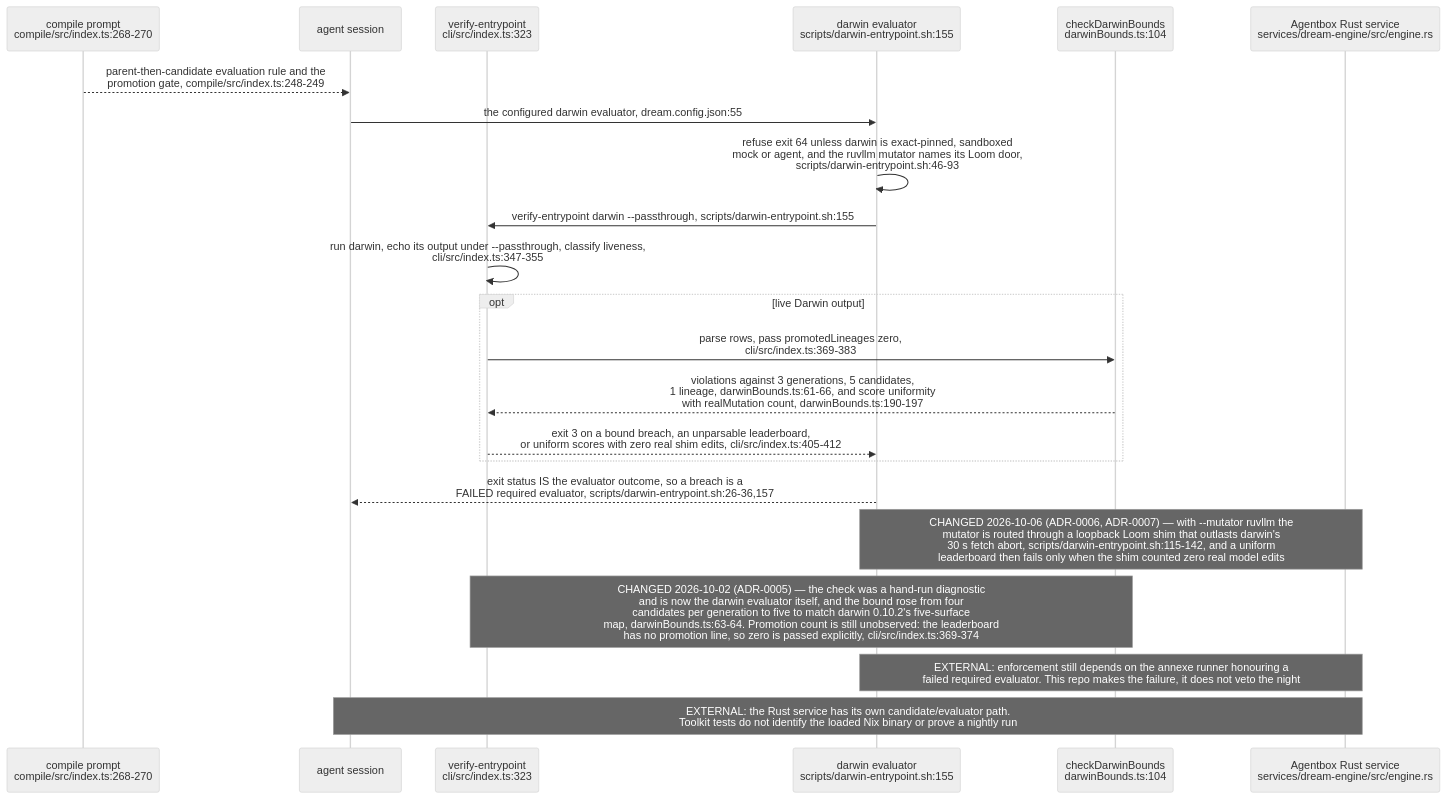
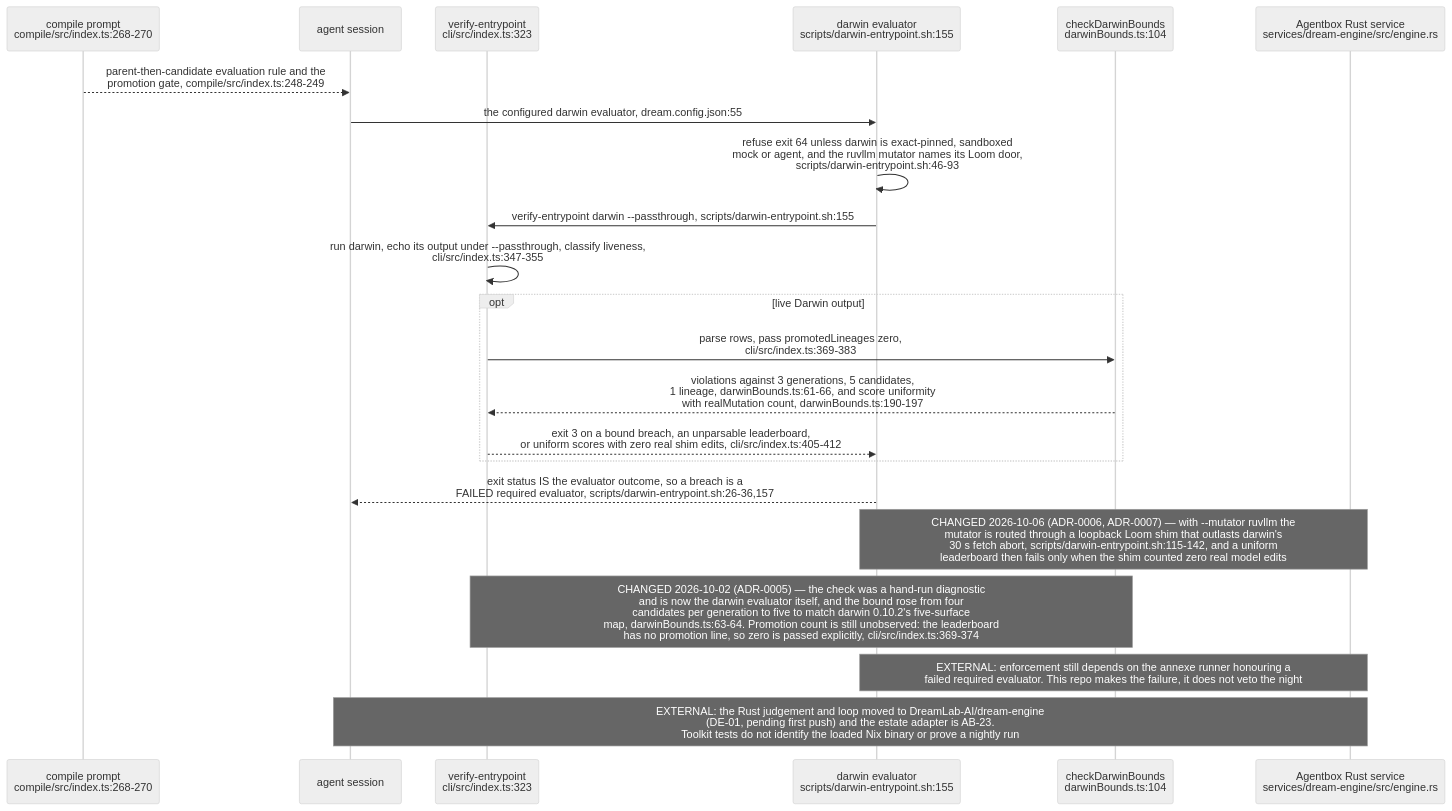
One commit to DreamLab-AI/VisionFlow changed the second of 5 diagrams in docs/diagrams/estate/90-evidence-and-supporting-repositories.md. Above: the diagram before and after it, drawn with Mermaid (neutral theme). The commit also changed other lines of this file and 12 other files, not shown here.

First line of the commit message:
docs(diagrams): map the dream-engine extraction (AB-23, ES-05, ES-90, new DE area)

````diff
--- a/docs/diagrams/estate/90-evidence-and-supporting-repositories.md
+++ b/docs/diagrams/estate/90-evidence-and-supporting-repositories.md
@@ -44,24 +45,24 @@
 ```mermaid
 sequenceDiagram
     participant C as compile prompt<br/>compile/src/index.ts:268-270
     participant A as agent session
     participant D as verify-entrypoint<br/>cli/src/index.ts:323
     participant E as darwin evaluator<br/>scripts/darwin-entrypoint.sh:155
     participant B as checkDarwinBounds<br/>darwinBounds.ts:104
     participant R as Agentbox Rust service<br/>services/dream-engine/src/engine.rs
     C-->>A: parent-then-candidate evaluation rule and the<br/>promotion gate, compile/src/index.ts:248-249
     A->>E: the configured darwin evaluator, dream.config.json:55
     E->>E: refuse exit 64 unless darwin is exact-pinned, sandboxed<br/>mock or agent, and the ruvllm mutator names its Loom door,<br/>scripts/darwin-entrypoint.sh:46-93
     E->>D: verify-entrypoint darwin --passthrough, scripts/darwin-entrypoint.sh:155
     D->>D: run darwin, echo its output under --passthrough, classify liveness,<br/>cli/src/index.ts:347-355
     opt live Darwin output
         D->>B: parse rows, pass promotedLineages zero,<br/>cli/src/index.ts:369-383
         B-->>D: violations against 3 generations, 5 candidates,<br/>1 lineage, darwinBounds.ts:61-66, and score uniformity<br/>with realMutation count, darwinBounds.ts:190-197
         D-->>E: exit 3 on a bound breach, an unparsable leaderboard,<br/>or uniform scores with zero real shim edits, cli/src/index.ts:405-412
     end
     E-->>A: exit status IS the evaluator outcome, so a breach is a<br/>FAILED required evaluator, scripts/darwin-entrypoint.sh:26-36,157
     Note over E,R: CHANGED 2026-10-06 (ADR-0006, ADR-0007) — with --mutator ruvllm the<br/>mutator is routed through a loopback Loom shim that outlasts darwin's<br/>30 s fetch abort, scripts/darwin-entrypoint.sh:115-142, and a uniform<br/>leaderboard then fails only when the shim counted zero real model edits
     Note over D,B: CHANGED 2026-10-02 (ADR-0005) — the check was a hand-run diagnostic<br/>and is now the darwin evaluator itself, and the bound rose from four<br/>candidates per generation to five to match darwin 0.10.2's five-surface<br/>map, darwinBounds.ts:63-64. Promotion count is still unobserved: the leaderboard<br/>has no promotion line, so zero is passed explicitly, cli/src/index.ts:369-374
     Note over E,R: EXTERNAL: enforcement still depends on the annexe runner honouring a<br/>failed required evaluator. This repo makes the failure, it does not veto the night
-    Note over A,R: EXTERNAL: the Rust service has its own candidate/evaluator path.<br/>Toolkit tests do not identify the loaded Nix binary or prove a nightly run
+    Note over A,R: EXTERNAL: the Rust judgement and loop moved to DreamLab-AI/dream-engine<br/>(DE-01, pending first push) and the estate adapter is AB-23.<br/>Toolkit tests do not identify the loaded Nix binary or prove a nightly run
 ```
````
